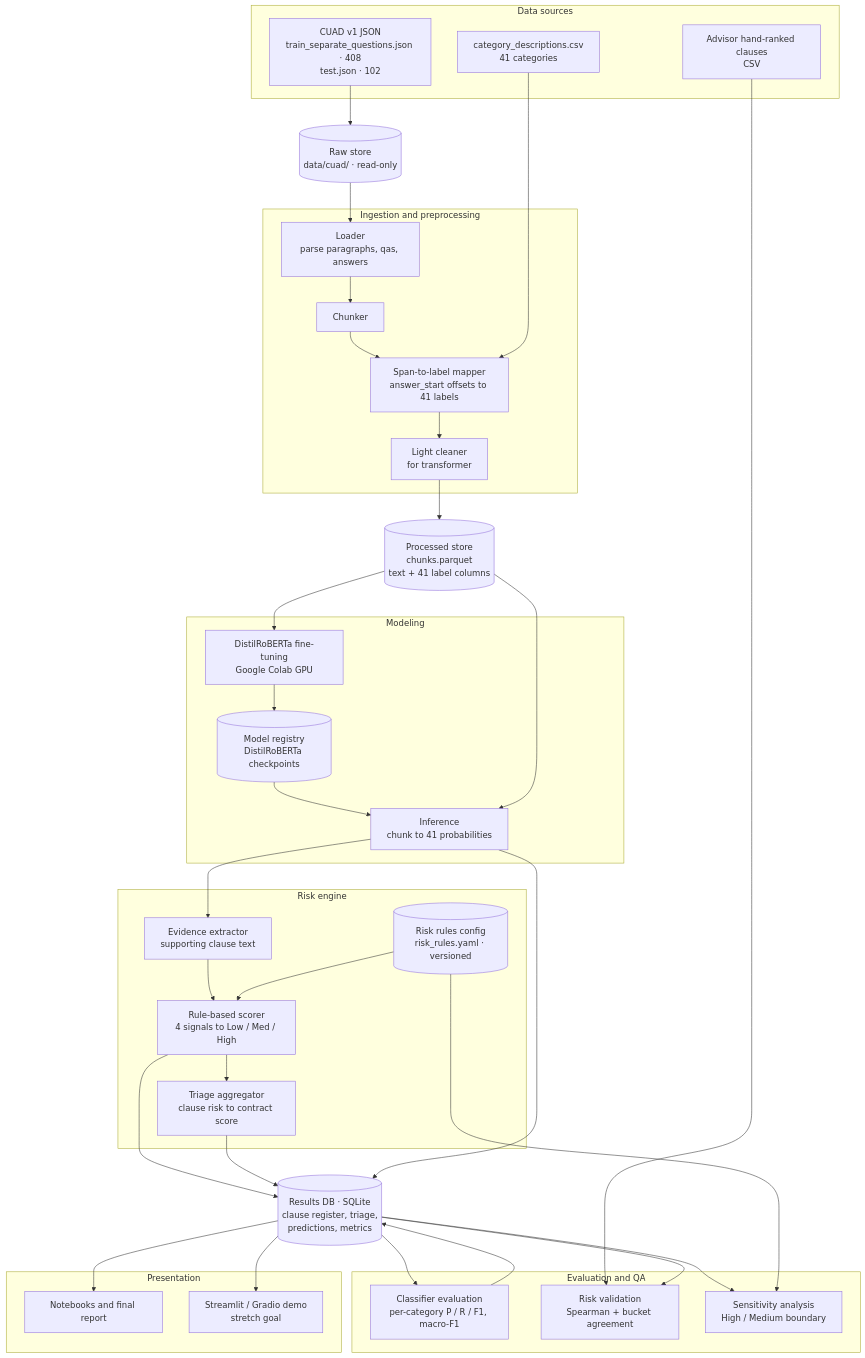
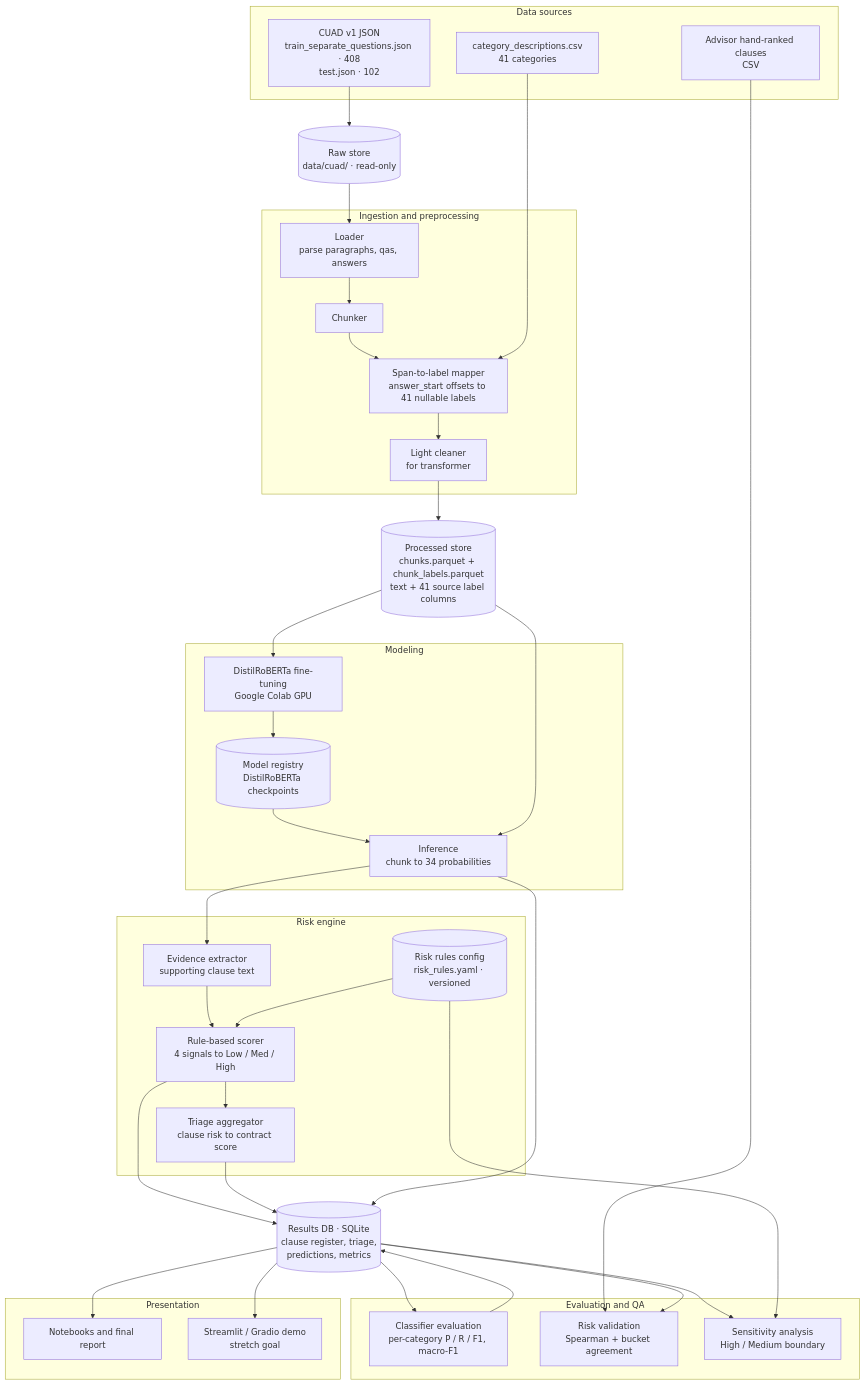
The first of 2 diagrams in docs/ARCHITECTURE.md (Break-Through-Tech/Accenture-1Q-contract-review-challenge), drawn with Mermaid before and after one commit. The commit also changed other lines of this file and 13 other files, not shown here.

````diff
--- a/docs/ARCHITECTURE.md
+++ b/docs/ARCHITECTURE.md
@@ -25,72 +25,72 @@
 ```mermaid
 flowchart TB
     subgraph SRC["Data sources"]
         CUAD["CUAD v1 JSON<br/>train_separate_questions.json · 408<br/>test.json · 102"]
         CAT["category_descriptions.csv<br/>41 categories"]
         ADV["Advisor hand-ranked clauses<br/>CSV"]
     end
 
     RAW[("Raw store<br/>data/cuad/ · read-only")]
 
     subgraph PREP["Ingestion and preprocessing"]
         LOAD["Loader<br/>parse paragraphs, qas, answers"]
         CHUNK["Chunker"]
-        MAP["Span-to-label mapper<br/>answer_start offsets to 41 labels"]
+        MAP["Span-to-label mapper<br/>answer_start offsets to 41 nullable labels"]
         CLEANL["Light cleaner<br/>for transformer"]
     end
 
-    PROC[("Processed store<br/>chunks.parquet<br/>text + 41 label columns")]
+    PROC[("Processed store<br/>chunks.parquet + chunk_labels.parquet<br/>text + 41 source label columns")]
 
     subgraph MODEL["Modeling"]
         TRAIN["DistilRoBERTa fine-tuning<br/>Google Colab GPU"]
-        INFER["Inference<br/>chunk to 41 probabilities"]
+        INFER["Inference<br/>chunk to 34 probabilities"]
         REG[("Model registry<br/>DistilRoBERTa checkpoints")]
     end
 
     subgraph RISK["Risk engine"]
         EVID["Evidence extractor<br/>supporting clause text"]
         SCORE["Rule-based scorer<br/>4 signals to Low / Med / High"]
         TRIAGE["Triage aggregator<br/>clause risk to contract score"]
         CFG[("Risk rules config<br/>risk_rules.yaml · versioned")]
     end
 
     DB[("Results DB · SQLite<br/>clause register, triage,<br/>predictions, metrics")]
 
     subgraph EVAL["Evaluation and QA"]
         CLFEVAL["Classifier evaluation<br/>per-category P / R / F1, macro-F1"]
         RISKVAL["Risk validation<br/>Spearman + bucket agreement"]
         SENS["Sensitivity analysis<br/>High / Medium boundary"]
     end
 
     subgraph UI["Presentation"]
         RPT["Notebooks and final report"]
         APP["Streamlit / Gradio demo<br/>stretch goal"]
     end
 
     CUAD --> RAW
     RAW --> LOAD --> CHUNK --> MAP
     CAT --> MAP
     MAP --> CLEANL
     CLEANL --> PROC
 
     PROC --> TRAIN
     TRAIN --> REG
     REG --> INFER
     PROC --> INFER
 
     INFER --> EVID --> SCORE --> TRIAGE
     CFG --> SCORE
     SCORE --> DB
     TRIAGE --> DB
     INFER --> DB
 
     DB --> CLFEVAL
     CLFEVAL --> DB
     ADV --> RISKVAL
     DB --> RISKVAL
     DB --> SENS
     CFG --> SENS
 
     DB --> RPT
     DB --> APP
 ```
````
